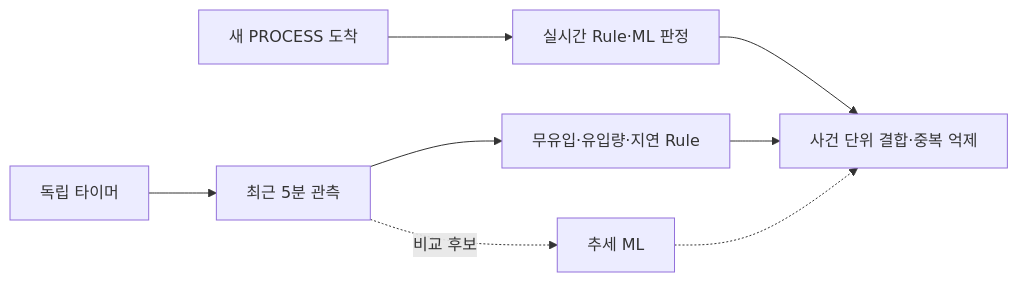
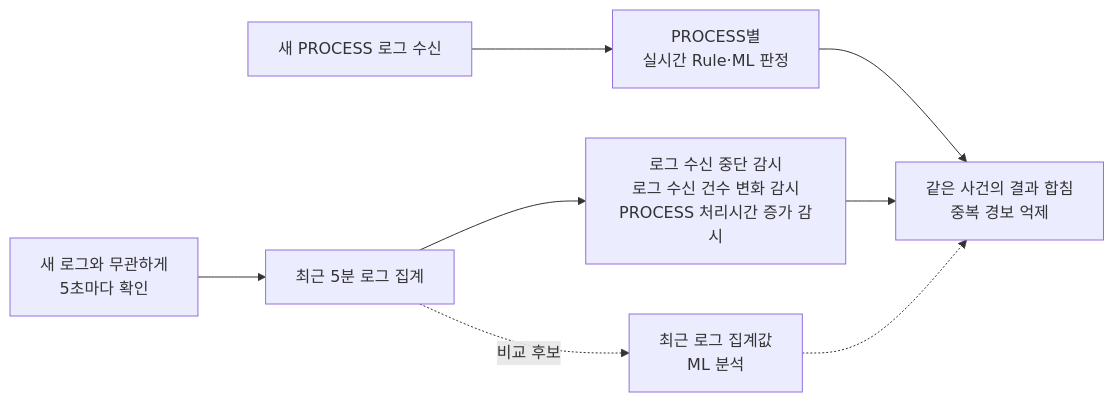
One commit to kohs2k21/2026-2-CECD2-1-POWERCODE-03 changed the diagram in research/evaluation/detector_dual_path/docs/V4_RESULTS.md. Above: the diagram before and after it, drawn with Mermaid. The commit also changed other lines of this file and 5 other files, not shown here.

First line of the commit message:
docs(lab): 📝 Detector 감시 용어·다이어그램 명확화 (#45)

````diff
--- a/research/evaluation/detector_dual_path/docs/V4_RESULTS.md
+++ b/research/evaluation/detector_dual_path/docs/V4_RESULTS.md
@@ -114,10 +128,10 @@
 ```mermaid
 flowchart LR
-    P[새 PROCESS 도착] --> A[실시간 Rule·ML 판정]
-    T[독립 타이머] --> W[최근 5분 관측]
-    W --> B[무유입·유입량·지연 Rule]
-    W -. 비교 후보 .-> C[추세 ML]
-    A --> R[사건 단위 결합·중복 억제]
+    P["새 PROCESS 로그 수신"] --> A["PROCESS별<br/>실시간 Rule·ML 판정"]
+    T["새 로그와 무관하게<br/>5초마다 확인"] --> W["최근 5분 로그 집계"]
+    W --> B["로그 수신 중단 감시<br/>로그 수신 건수 변화 감시<br/>PROCESS 처리시간 증가 감시"]
+    W -. 비교 후보 .-> C["최근 로그 집계값<br/>ML 분석"]
+    A --> R["같은 사건의 결과 합침<br/>중복 경보 억제"]
     B --> R
     C -.-> R
 ```
````
